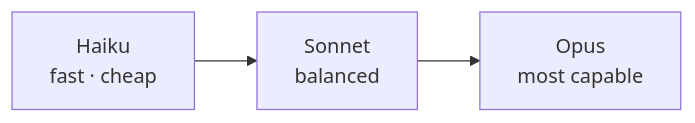
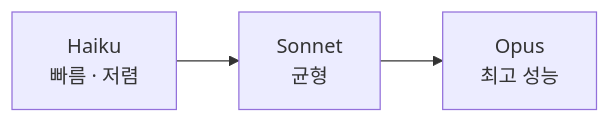
One commit to derob98/ailmanac changed the diagram in i18n/ko/docusaurus-plugin-content-docs/current/api/choosing-a-model.mdx. Above: the diagram before and after it, drawn with Mermaid. The commit also changed other lines of this file and 7 other files, not shown here.

````diff
--- a/i18n/ko/docusaurus-plugin-content-docs/current/api/choosing-a-model.mdx
+++ b/i18n/ko/docusaurus-plugin-content-docs/current/api/choosing-a-model.mdx
@@ -23,4 +30,4 @@
 ```mermaid
 flowchart LR
-  H["Haiku<br/>fast · cheap"] --> S["Sonnet<br/>balanced"] --> O["Opus<br/>most capable"]
+  H["Haiku<br/>빠름 · 저렴"] --> S["Sonnet<br/>균형"] --> O["Opus<br/>최고 성능"]
 ```
````
